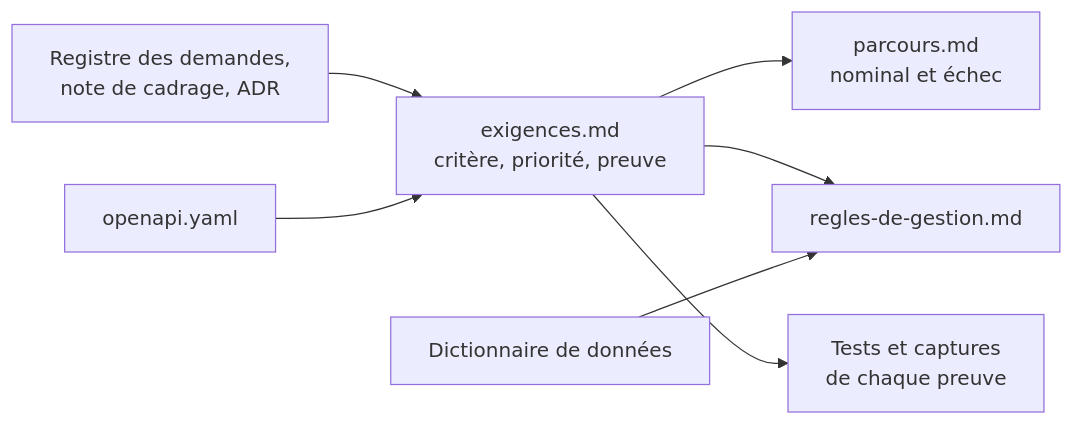
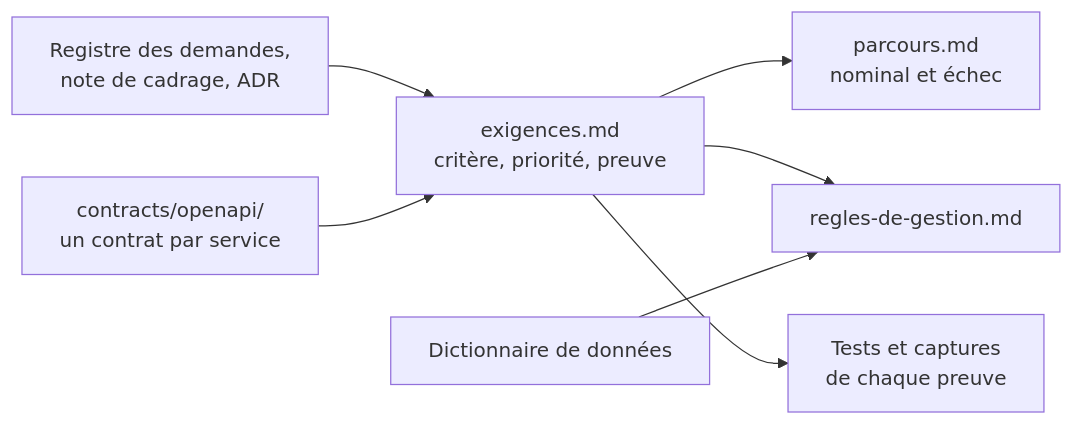
One commit to RobelManoa/novaria-core changed the first of 2 diagrams in docs/02-specifications/README.md. Above: the diagram before and after it, drawn with Mermaid. The commit also changed other lines of this file and 18 other files, not shown here.

First line of the commit message:
feat(contrats): un contrat OpenAPI par service remplace le contrat unique de BE-01 (MS-03)

````diff
--- a/docs/02-specifications/README.md
+++ b/docs/02-specifications/README.md
@@ -14,9 +14,9 @@
 ```mermaid
 flowchart LR
     SRC["Registre des demandes,<br/>note de cadrage, ADR"] --> EX["exigences.md<br/>critère, priorité, preuve"]
     EX --> PA["parcours.md<br/>nominal et échec"]
     EX --> RG["regles-de-gestion.md"]
     DICO["Dictionnaire de données"] --> RG
-    OA["openapi.yaml"] --> EX
+    OA["contracts/openapi/<br/>un contrat par service"] --> EX
     EX --> T["Tests et captures<br/>de chaque preuve"]
 ```
````
